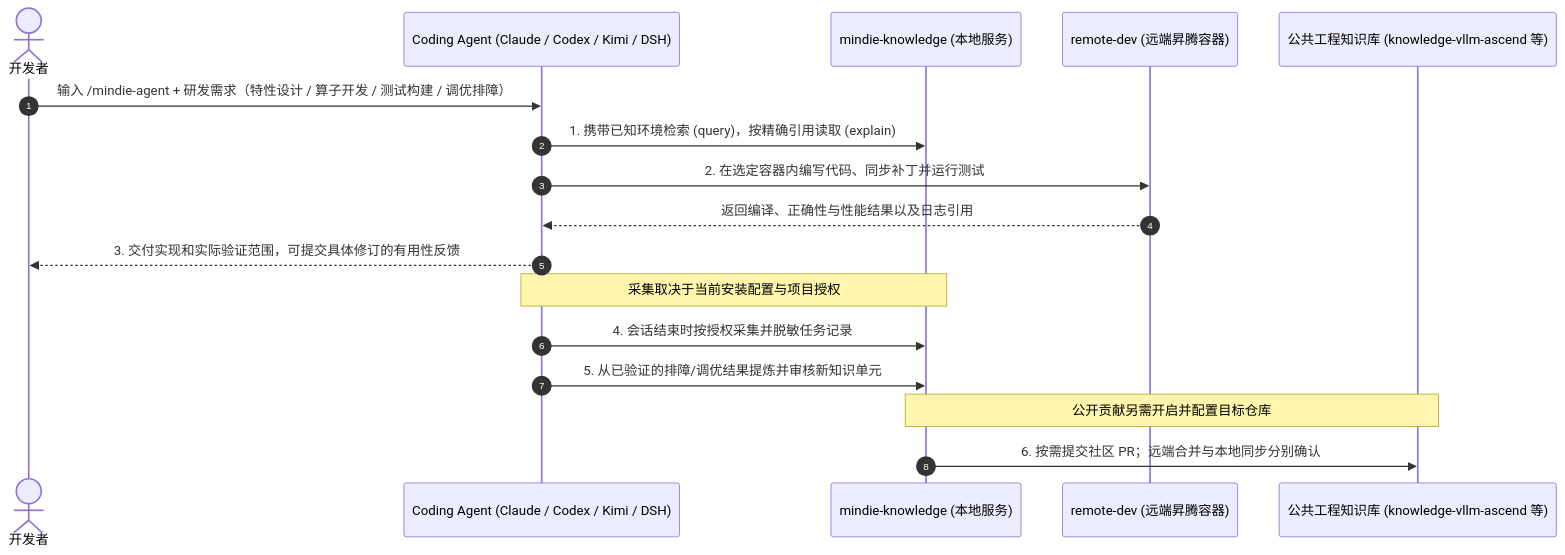
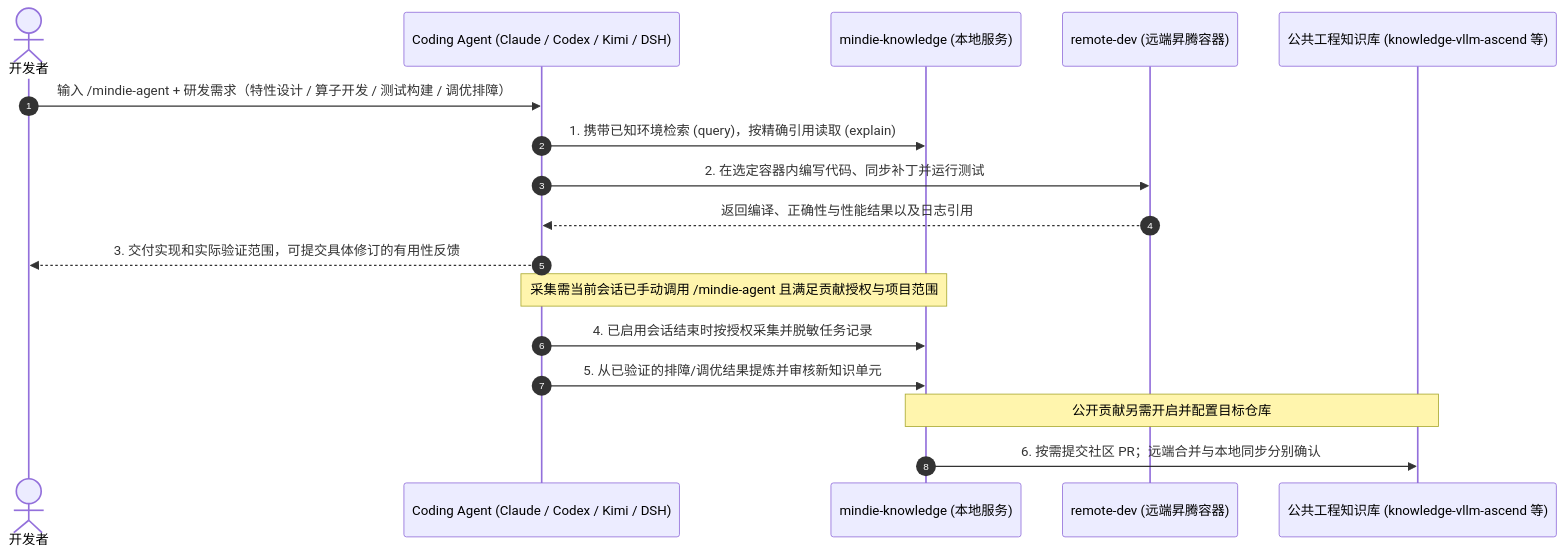
Before and after one commit to grandolantow/mindie-agent: the second of 2 diagrams in README.md, drawn with Mermaid. The commit also changed other lines of this file and 15 other files, not shown here.

````diff
--- a/README.md
+++ b/README.md
@@ -214,20 +214,20 @@
 ```mermaid
 sequenceDiagram
   autonumber
   actor Dev as 开发者
   participant Agent as Coding Agent (Claude / Codex / Kimi / DSH)
   participant Know as mindie-knowledge (本地服务)
   participant NPU as remote-dev (远端昇腾容器)
   participant Repo as 公共工程知识库 (knowledge-vllm-ascend 等)
 
   Dev->>Agent: 输入 /mindie-agent + 研发需求（特性设计 / 算子开发 / 测试构建 / 调优排障）
   Agent->>Know: 1. 携带已知环境检索 (query)，按精确引用读取 (explain)
   Agent->>NPU: 2. 在选定容器内编写代码、同步补丁并运行测试
   NPU-->>Agent: 返回编译、正确性与性能结果以及日志引用
   Agent-->>Dev: 3. 交付实现和实际验证范围，可提交具体修订的有用性反馈
-  Note over Agent,Know: 采集取决于当前安装配置与项目授权
-  Agent->>Know: 4. 会话结束时按授权采集并脱敏任务记录
+  Note over Agent,Know: 采集需当前会话已手动调用 /mindie-agent 且满足贡献授权与项目范围
+  Agent->>Know: 4. 已启用会话结束时按授权采集并脱敏任务记录
   Agent->>Know: 5. 从已验证的排障/调优结果提炼并审核新知识单元
   Note over Know,Repo: 公开贡献另需开启并配置目标仓库
   Know->>Repo: 6. 按需提交社区 PR；远端合并与本地同步分别确认
 ```
````
